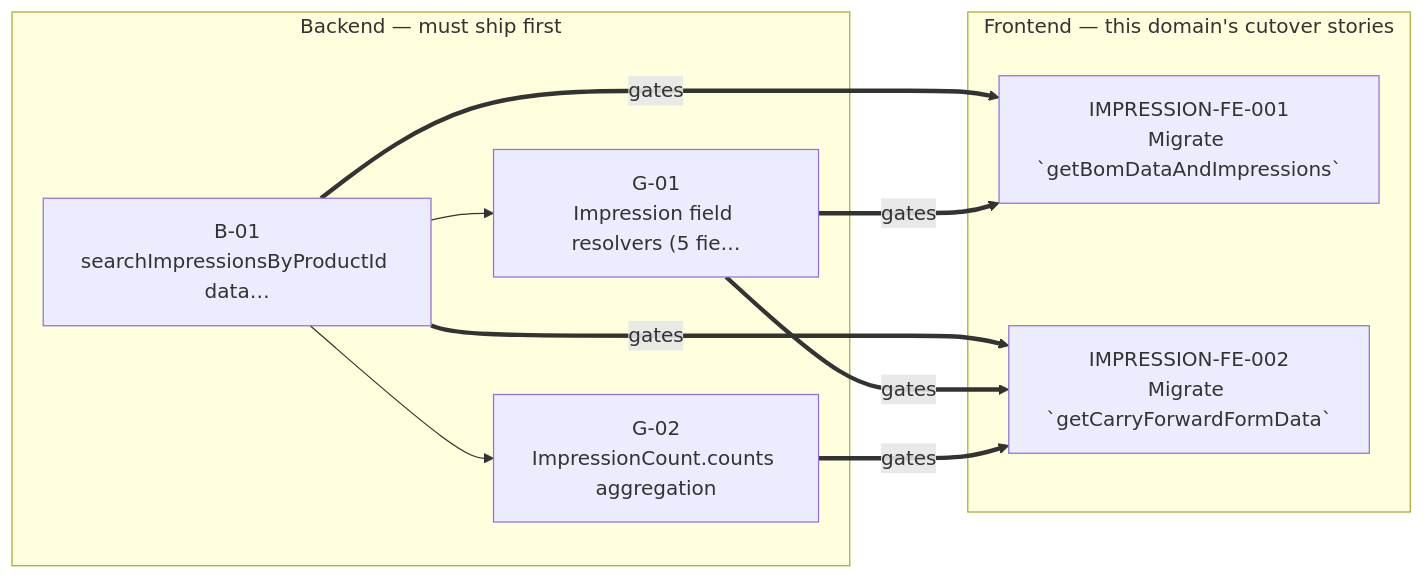
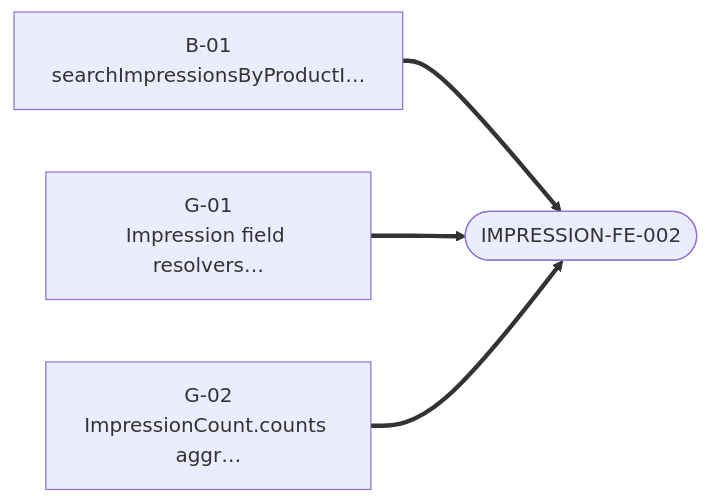
The third of 3 diagrams in finalArtifacts/summary/impression/story-dependency-graph-impression.md (SarithaMathai/migration), drawn with Mermaid before and after one commit. The commit also changed other lines of this file and 27 other files, not shown here.

First line of the commit message:
Redesign story dependency graphs for legibility

````diff
--- a/finalArtifacts/summary/impression/story-dependency-graph-impression.md
+++ b/finalArtifacts/summary/impression/story-dependency-graph-impression.md
@@ -40,19 +57,10 @@
 ```mermaid
 flowchart LR
-  subgraph BE["Backend — must ship first"]
-    NB_01["B-01<br/>searchImpressionsByProductId data…"]
-    NG_01["G-01<br/>Impression field resolvers (5 fie…"]
-    NG_02["G-02<br/>ImpressionCount.counts aggregation"]
-  end
-  subgraph FE["Frontend — this domain's cutover stories"]
-    NIMPRESSION_FE_001["IMPRESSION-FE-001<br/>Migrate `getBomDataAndImpressions`"]
-    NIMPRESSION_FE_002["IMPRESSION-FE-002<br/>Migrate `getCarryForwardFormData` "]
-  end
-  NB_01 --> NG_02
-  NB_01 --> NG_01
-  NB_01 ==>|gates| NIMPRESSION_FE_001
-  NG_01 ==>|gates| NIMPRESSION_FE_001
-  NB_01 ==>|gates| NIMPRESSION_FE_002
-  NG_01 ==>|gates| NIMPRESSION_FE_002
-  NG_02 ==>|gates| NIMPRESSION_FE_002
+  NB_01["B-01<br/>searchImpressionsByProductI…"]
+  NG_01["G-01<br/>Impression field resolvers…"]
+  NG_02["G-02<br/>ImpressionCount.counts aggr…"]
+  NIMPRESSION_FE_002(["IMPRESSION-FE-002"])
+  NB_01 ==> NIMPRESSION_FE_002
+  NG_01 ==> NIMPRESSION_FE_002
+  NG_02 ==> NIMPRESSION_FE_002
 ```
````
